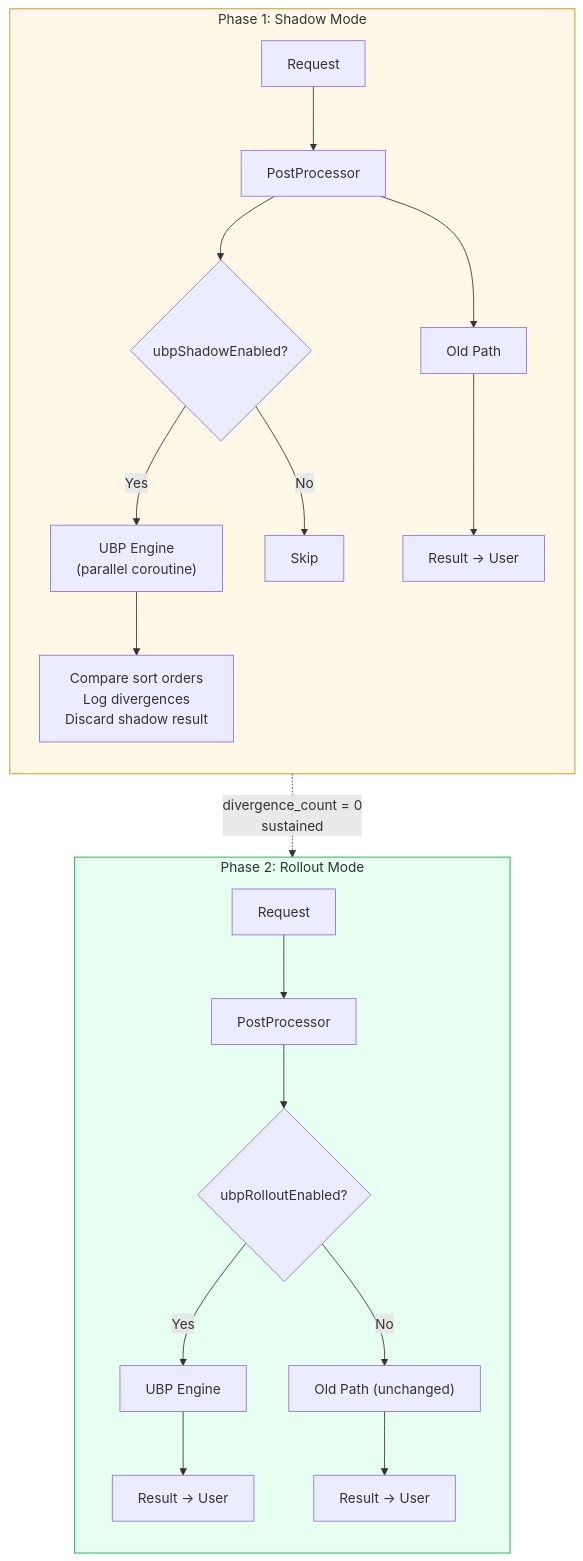
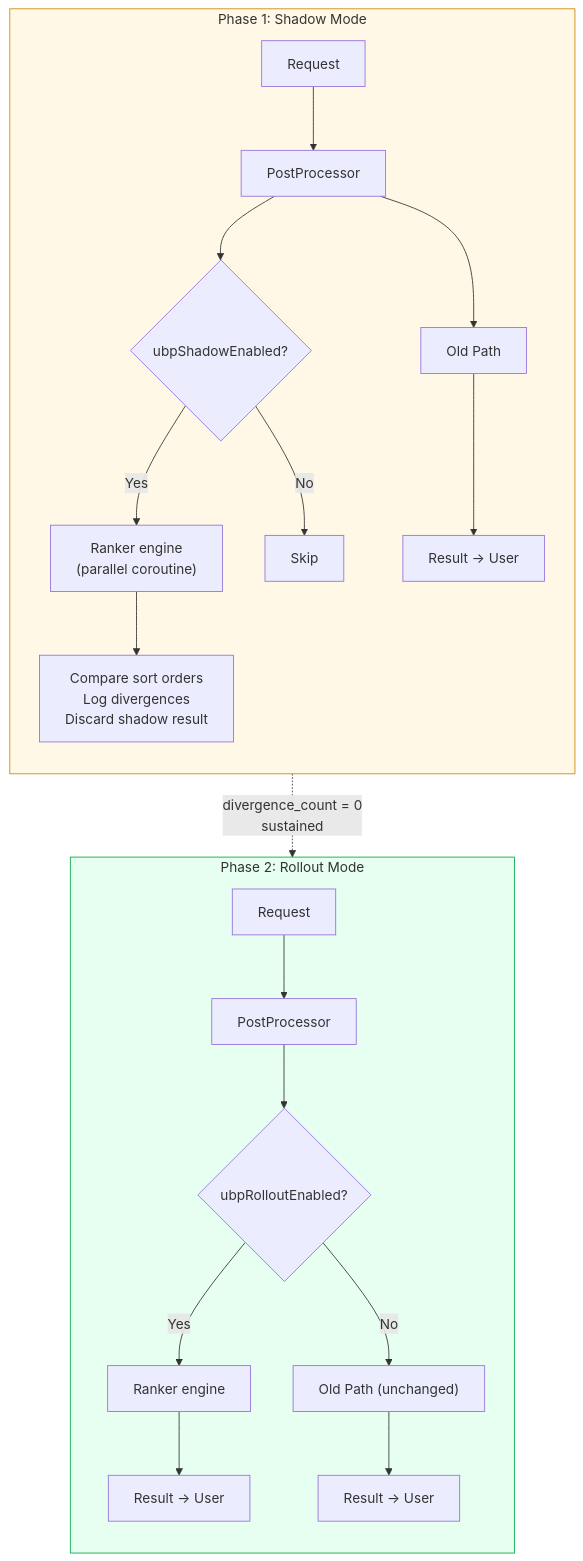
The fourth of 4 diagrams in unified-blending-platform/spec/rfc-abstraction-layer.md (daniel-fonyo/dd-brain), drawn with Mermaid before and after one commit. The commit also changed other lines of this file, not shown here.

````diff
--- a/unified-blending-platform/spec/rfc-abstraction-layer.md
+++ b/unified-blending-platform/spec/rfc-abstraction-layer.md
@@ -577,32 +453,32 @@
 ```mermaid
 flowchart TB
     subgraph shadow["Phase 1: Shadow Mode"]
         direction TB
         R1["Request"] --> PP1["PostProcessor"]
         PP1 --> OLD1["Old Path"]
         PP1 --> DV1{"ubpShadowEnabled?"}
-        DV1 -->|Yes| NEW1["UBP Engine
+        DV1 -->|Yes| NEW1["Ranker engine
         (parallel coroutine)"]
         DV1 -->|No| SKIP1["Skip"]
         OLD1 --> RESULT1["Result → User"]
         NEW1 --> CMP["Compare sort orders
         Log divergences
         Discard shadow result"]
     end
 
     subgraph rollout["Phase 2: Rollout Mode"]
         direction TB
         R2["Request"] --> PP2["PostProcessor"]
         PP2 --> DV2{"ubpRolloutEnabled?"}
-        DV2 -->|Yes| NEW2["UBP Engine"]
+        DV2 -->|Yes| NEW2["Ranker engine"]
         DV2 -->|No| OLD2["Old Path (unchanged)"]
         NEW2 --> RESULT2a["Result → User"]
         OLD2 --> RESULT2b["Result → User"]
     end
 
     shadow -.->|"divergence_count = 0
     sustained"| rollout
 
     style shadow fill:#fff8e6,stroke:#cc8800
     style rollout fill:#e6fff0,stroke:#00aa44
 ```
````
